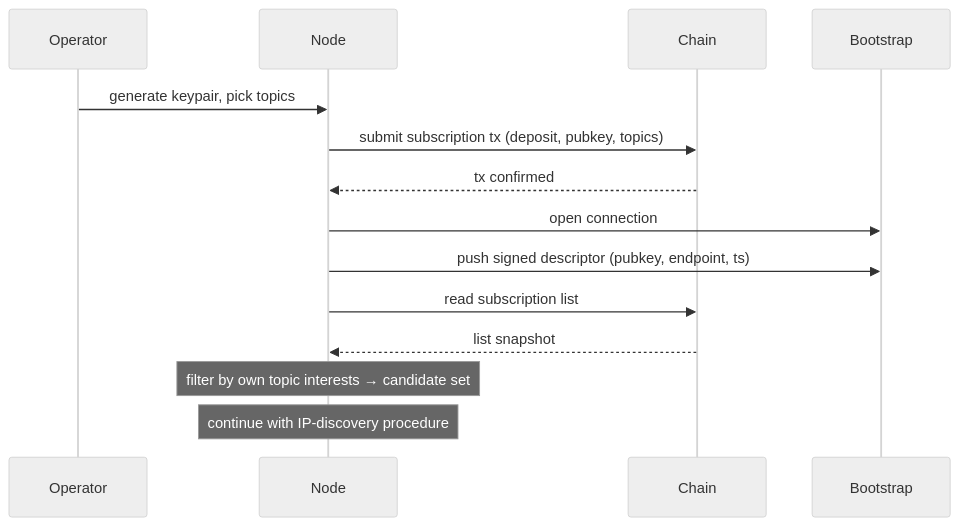
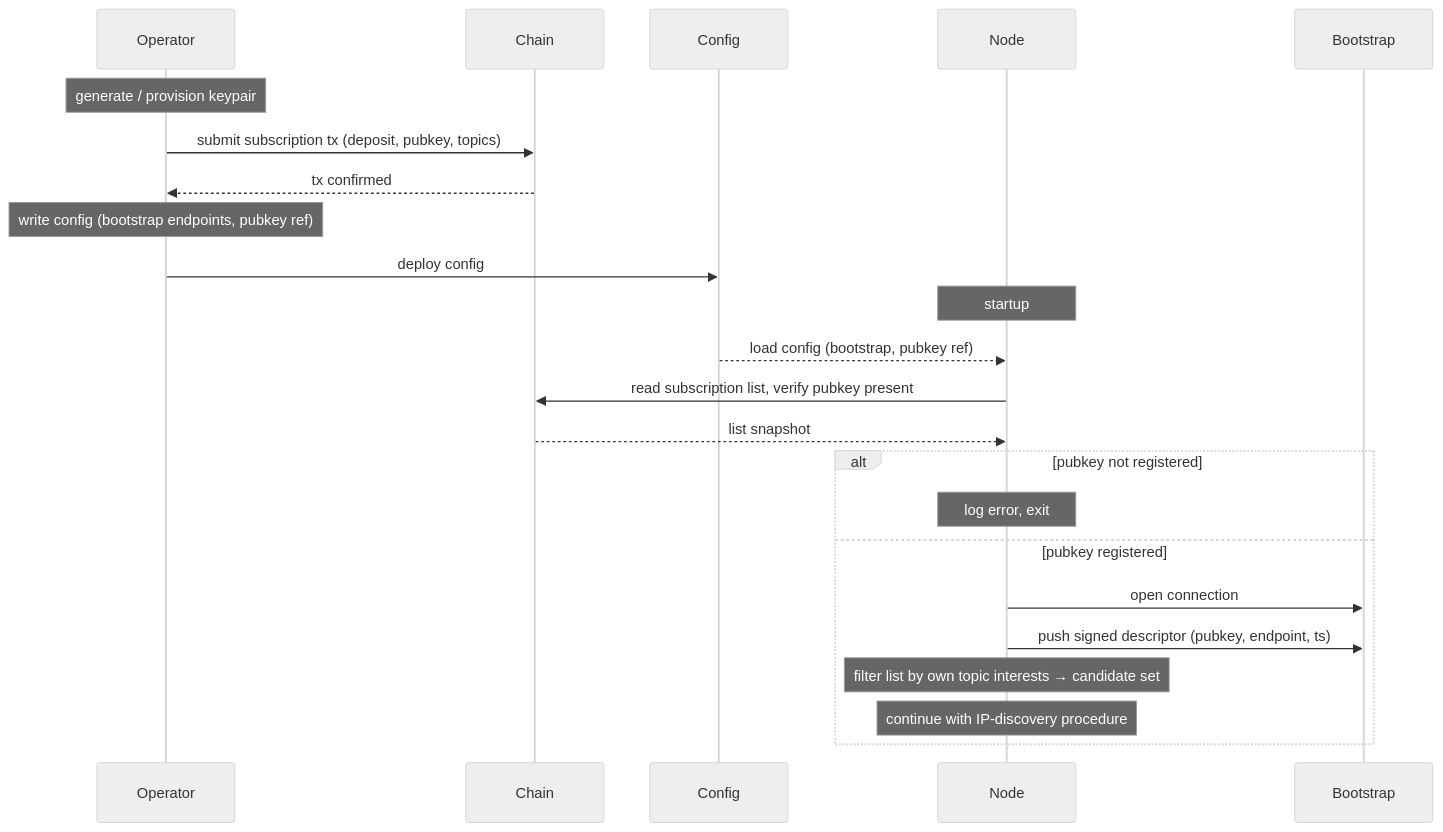
One commit to input-output-hk/pubsub changed the diagram in docs/node-lifecycle/joining.md. Above: the diagram before and after it, drawn with Mermaid (neutral theme). The commit also changed other lines of this file and 4 other files, not shown here.

First line of the commit message:
docs(node-lifecycle): split operator/node phases, publisher-as-subscriber, handshake step

````diff
--- a/docs/node-lifecycle/joining.md
+++ b/docs/node-lifecycle/joining.md
@@ -16,17 +25,27 @@
 ```mermaid
 sequenceDiagram
     participant Operator
+    participant Chain
+    participant Config
     participant Node
-    participant Chain
     participant Bootstrap
 
-    Operator->>Node: generate keypair, pick topics
-    Node->>Chain: submit subscription tx (deposit, pubkey, topics)
-    Chain-->>Node: tx confirmed
-    Node->>Bootstrap: open connection
-    Node->>Bootstrap: push signed descriptor (pubkey, endpoint, ts)
-    Node->>Chain: read subscription list
+    Note over Operator: generate / provision keypair
+    Operator->>Chain: submit subscription tx (deposit, pubkey, topics)
+    Chain-->>Operator: tx confirmed
+    Note over Operator: write config (bootstrap endpoints, pubkey ref)
+    Operator->>Config: deploy config
+
+    Note over Node: startup
+    Config-->>Node: load config (bootstrap, pubkey ref)
+    Node->>Chain: read subscription list, verify pubkey present
     Chain-->>Node: list snapshot
-    Note over Node: filter by own topic interests → candidate set
-    Note over Node: continue with IP-discovery procedure
+    alt pubkey not registered
+        Note over Node: log error, exit
+    else pubkey registered
+        Node->>Bootstrap: open connection
+        Node->>Bootstrap: push signed descriptor (pubkey, endpoint, ts)
+        Note over Node: filter list by own topic interests → candidate set
+        Note over Node: continue with IP-discovery procedure
+    end
 ```
````
